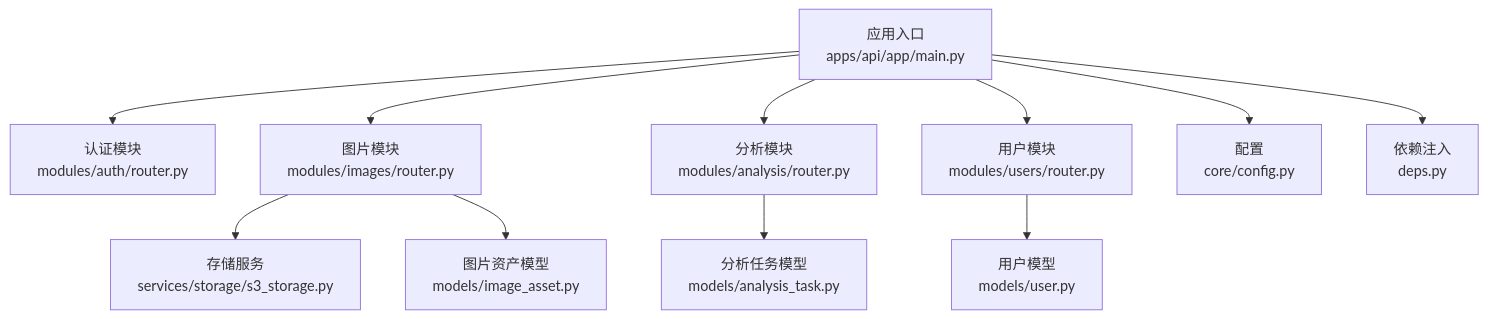
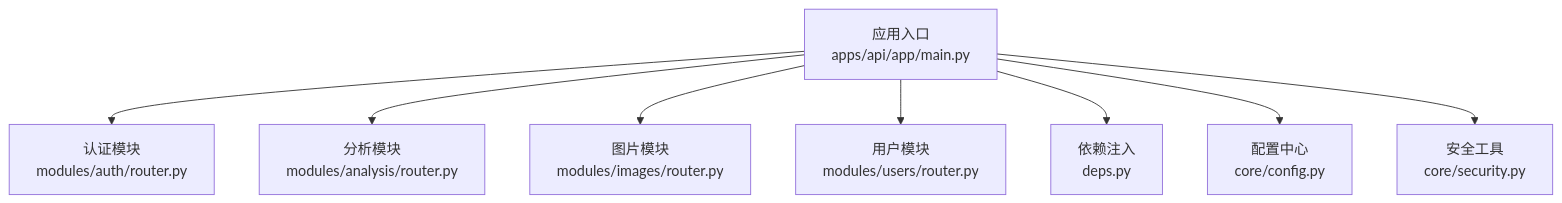
One commit to selectzhangyuan/AI-photo-coach changed the first of 7 diagrams in .qoder/repowiki/zh/content/后端API文档/后端API文档.md. Above: the diagram before and after it, drawn with Mermaid. The commit also changed other lines of this file and 128 other files, not shown here.

````diff
--- a/.qoder/repowiki/zh/content/后端API文档/后端API文档.md
+++ b/.qoder/repowiki/zh/content/后端API文档/后端API文档.md
@@ -45,13 +46,10 @@
 ```mermaid
 graph TB
 A["应用入口<br/>apps/api/app/main.py"] --> B["认证模块<br/>modules/auth/router.py"]
-A --> C["图片模块<br/>modules/images/router.py"]
-A --> D["分析模块<br/>modules/analysis/router.py"]
+A --> C["分析模块<br/>modules/analysis/router.py"]
+A --> D["图片模块<br/>modules/images/router.py"]
 A --> E["用户模块<br/>modules/users/router.py"]
-A --> F["配置<br/>core/config.py"]
-A --> G["依赖注入<br/>deps.py"]
-C --> H["存储服务<br/>services/storage/s3_storage.py"]
-D --> I["分析任务模型<br/>models/analysis_task.py"]
-E --> J["用户模型<br/>models/user.py"]
-C --> K["图片资产模型<br/>models/image_asset.py"]
+A --> F["依赖注入<br/>deps.py"]
+A --> G["配置中心<br/>core/config.py"]
+A --> H["安全工具<br/>core/security.py"]
 ```
````
